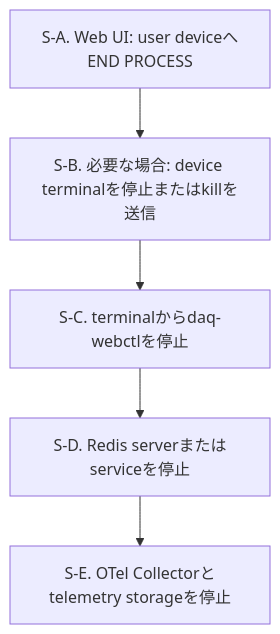
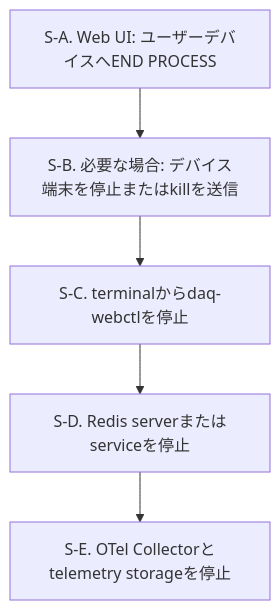
Before and after one commit to tntakahashi/nestdaq: the third of 3 diagrams in examples/README.ja.md, drawn with Mermaid. The commit also changed other lines of this file and 15 other files, not shown here.

````diff
--- a/examples/README.ja.md
+++ b/examples/README.ja.md
@@ -442,10 +442,10 @@
 ```mermaid
 flowchart TD
-  End[S-A. Web UI: user deviceへEND PROCESS]
-  DeviceFallback[S-B. 必要な場合: device terminalを停止またはkillを送信]
+  End[S-A. Web UI: ユーザーデバイスへEND PROCESS]
+  DeviceFallback[S-B. 必要な場合: デバイス端末を停止またはkillを送信]
   WebCtl[S-C. terminalからdaq-webctlを停止]
   Redis[S-D. Redis serverまたはserviceを停止]
   Otel[S-E. OTel Collectorとtelemetry storageを停止]
 
   End --> DeviceFallback --> WebCtl --> Redis --> Otel
 ```
````
